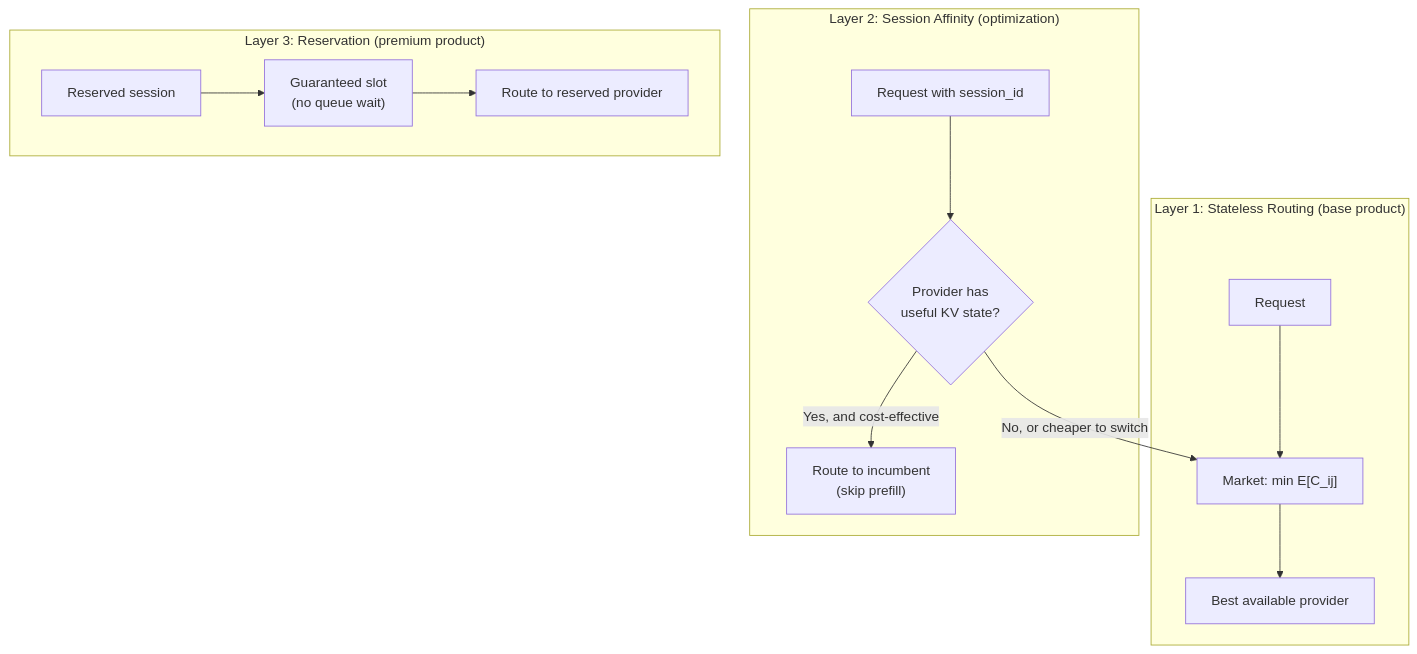
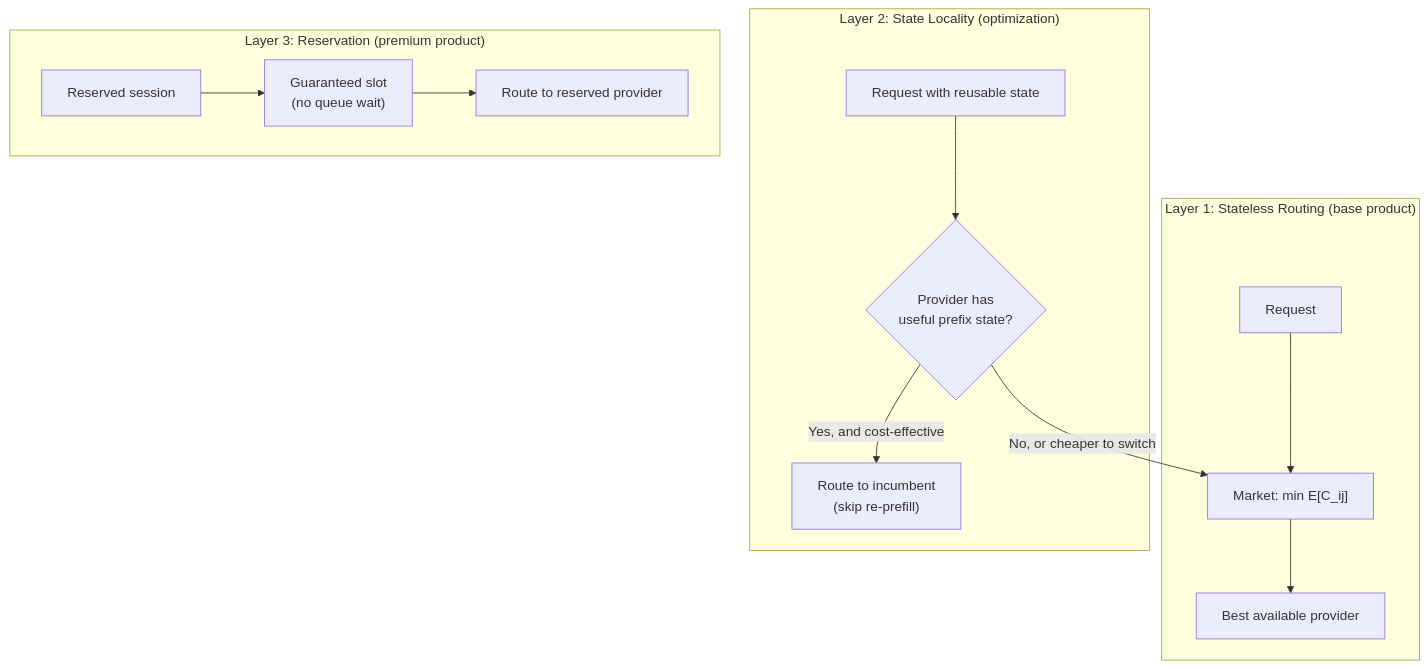
The first of 3 diagrams in docs/formal-model.md (qzyu999/inference-exchange), drawn with Mermaid before and after one commit. The commit also changed other lines of this file, not shown here.

First line of the commit message:
Formal model v7: state locality, product staging, precision fixes

````diff
--- a/docs/formal-model.md
+++ b/docs/formal-model.md
@@ -160,18 +180,18 @@
 ```mermaid
 graph TD
     subgraph "Layer 1: Stateless Routing (base product)"
         R1["Request"] --> M1["Market: min E[C_ij]"]
         M1 --> P1["Best available provider"]
     end
 
-    subgraph "Layer 2: Session Affinity (optimization)"
-        R2["Request with session_id"] --> CHECK{"Provider has<br/>useful KV state?"}
-        CHECK -->|"Yes, and cost-effective"| STAY["Route to incumbent<br/>(skip prefill)"]
+    subgraph "Layer 2: State Locality (optimization)"
+        R2["Request with reusable state"] --> CHECK{"Provider has<br/>useful prefix state?"}
+        CHECK -->|"Yes, and cost-effective"| STAY["Route to incumbent<br/>(skip re-prefill)"]
         CHECK -->|"No, or cheaper to switch"| M1
     end
 
     subgraph "Layer 3: Reservation (premium product)"
         R3["Reserved session"] --> SLOT["Guaranteed slot<br/>(no queue wait)"]
         SLOT --> STAY2["Route to reserved provider"]
     end
 ```
````
